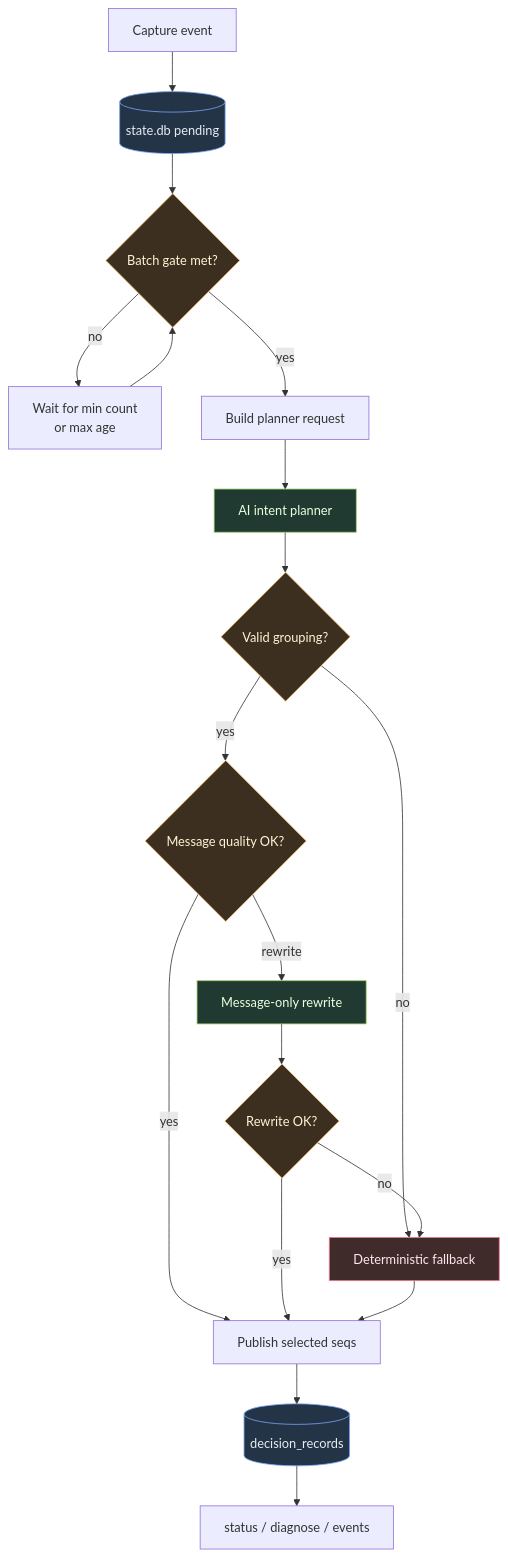
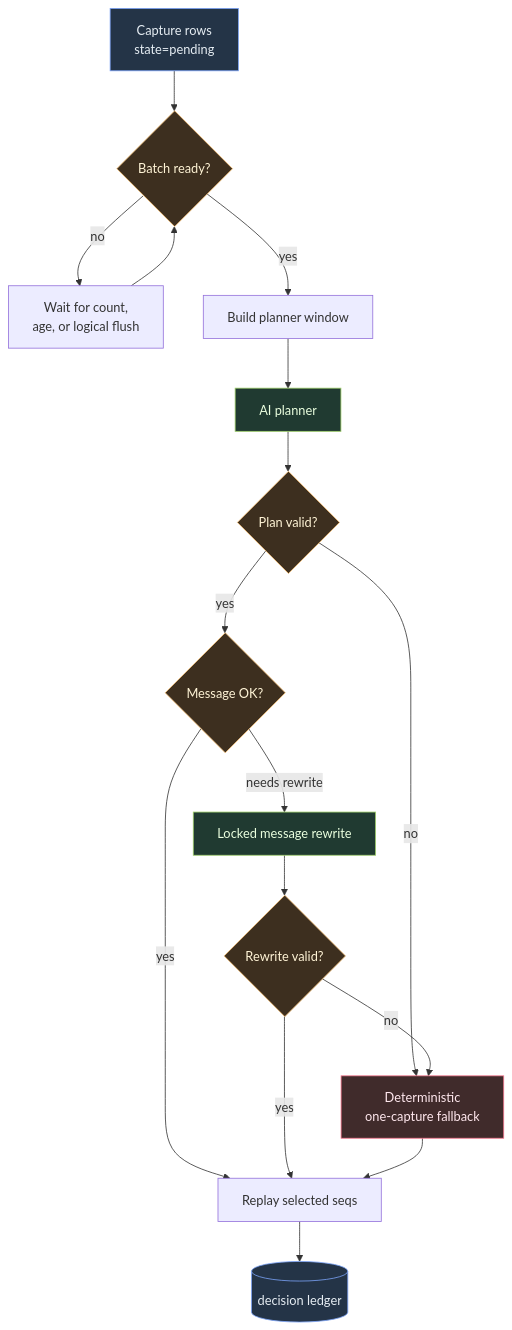
One commit to KristjanPikhof/Auto-Commit-Daemon changed the diagram in docs/intent-commit-flow.md. Above: the diagram before and after it, drawn with Mermaid. The commit also changed other lines of this file and 3 other files, not shown here.

```diff
--- a/docs/intent-commit-flow.md
+++ b/docs/intent-commit-flow.md
@@ -51,29 +49,27 @@
 ~~~mermaid
 flowchart TB
-  A[Capture event] --> B[(state.db pending)]
-  B --> C{Batch gate met?}
-  C -- no --> D[Wait for min count<br/>or max age]
-  D --> C
-  C -- yes --> E[Build planner request]
-  E --> F[AI intent planner]
-  F --> G{Valid grouping?}
-  G -- no --> H[Deterministic fallback]
-  G -- yes --> I{Message quality OK?}
-  I -- rewrite --> J[Message-only rewrite]
-  J --> K{Rewrite OK?}
-  K -- no --> H
-  I -- yes --> L[Publish selected seqs]
-  K -- yes --> L
-  H --> L
-  L --> M[(decision_records)]
-  M --> N[status / diagnose / events]
+  A["Capture rows<br/>state=pending"] --> B{"Batch ready?"}
+  B -->|no| C["Wait for count,<br/>age, or logical flush"]
+  C --> B
+  B -->|yes| D["Build planner window"]
+  D --> E["AI planner"]
+  E --> F{"Plan valid?"}
+  F -->|no| G["Deterministic<br/>one-capture fallback"]
+  F -->|yes| H{"Message OK?"}
+  H -->|needs rewrite| I["Locked message rewrite"]
+  I --> J{"Rewrite valid?"}
+  J -->|no| G
+  H -->|yes| K["Replay selected seqs"]
+  J -->|yes| K
+  G --> K
+  K --> L[("decision ledger")]
 
   classDef queue fill:#243447,stroke:#7aa2f7,color:#e6edf3
   classDef decision fill:#3d2f1f,stroke:#f6c177,color:#fff4d6
   classDef provider fill:#203a31,stroke:#9ece6a,color:#eaffdf
   classDef fallback fill:#402b2b,stroke:#f7768e,color:#ffe8ee
-  class B,M queue
-  class C,G,I,K decision
-  class F,J provider
-  class H fallback
+  class A,L queue
+  class B,F,H,J decision
+  class E,I provider
+  class G fallback
 ~~~
```
